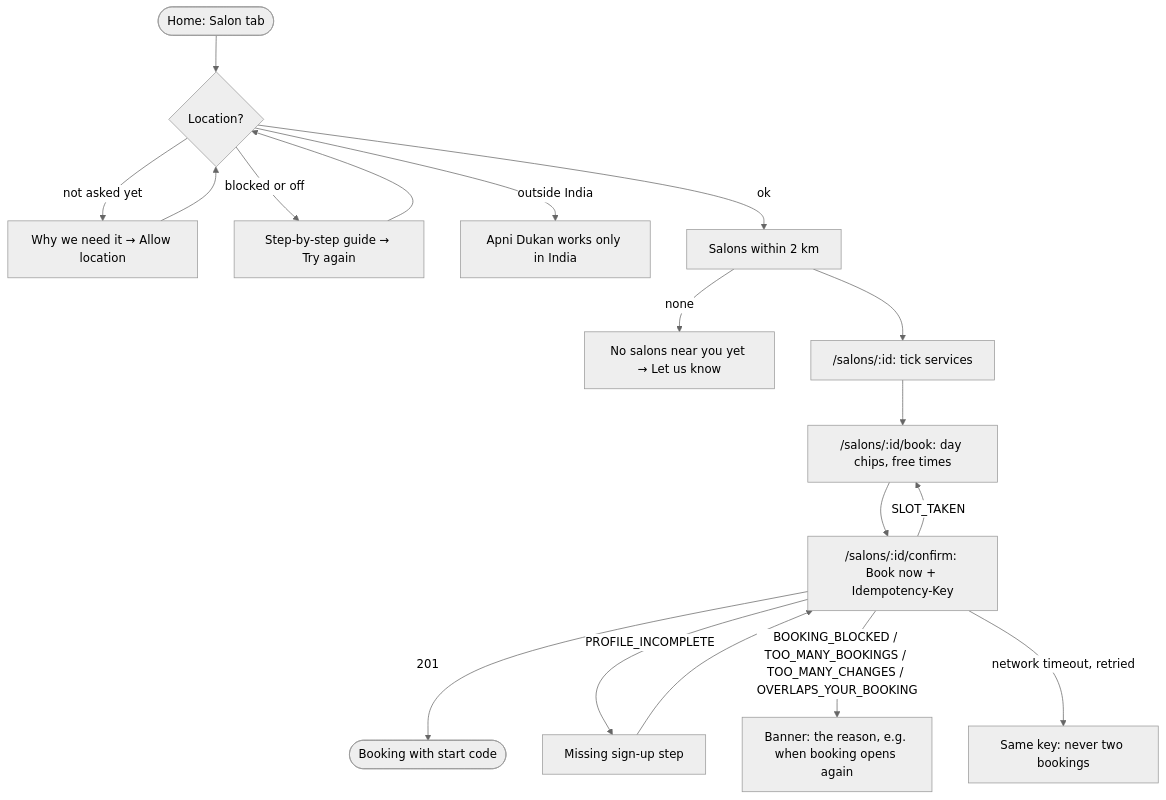
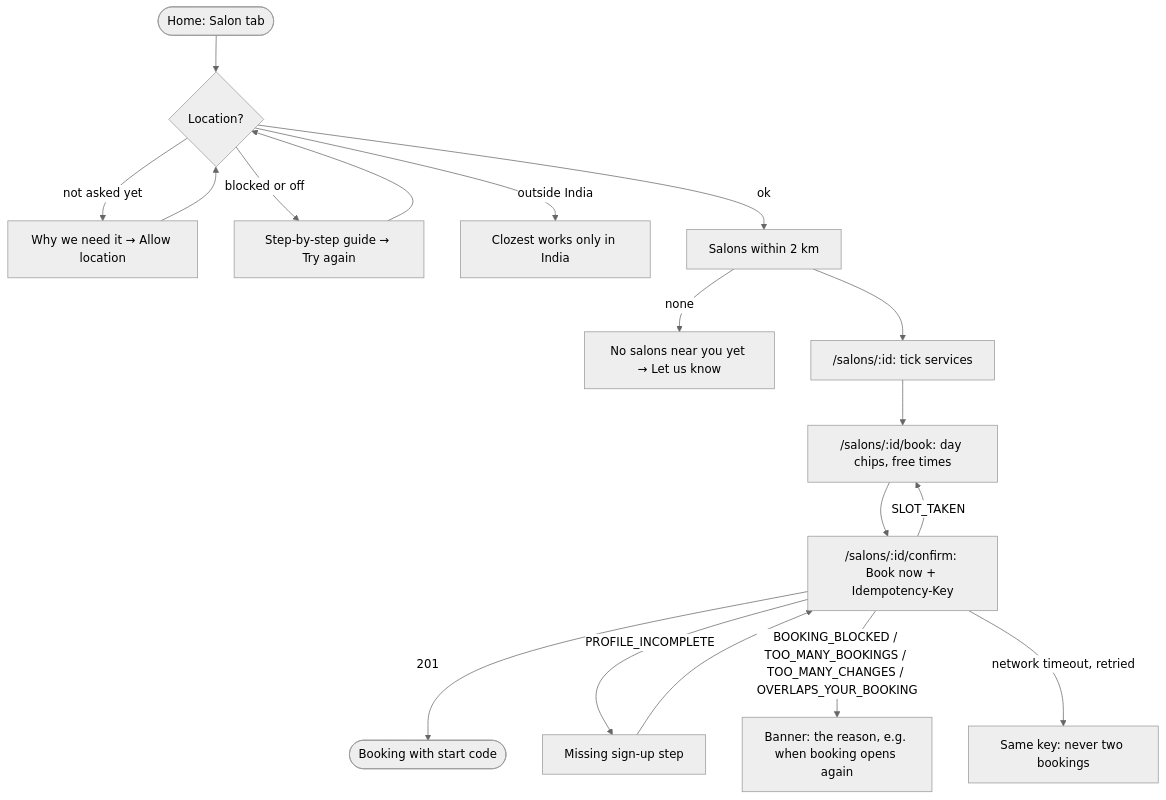
One commit to Premanshu-jha/apni-dukan-customer changed the second of 4 diagrams in README.md. Above: the diagram before and after it, drawn with Mermaid (neutral theme). The commit also changed other lines of this file and 27 other files, not shown here.

````diff
--- a/README.md
+++ b/README.md
@@ -113,19 +113,19 @@
 ```mermaid
 flowchart TD
   home([Home: Salon tab]) --> loc{Location?}
   loc -- "not asked yet" --> explain[Why we need it → Allow location]
   explain --> loc
   loc -- blocked or off --> guide[Step-by-step guide → Try again]
   guide --> loc
-  loc -- outside India --> india[Apni Dukan works only in India]
+  loc -- outside India --> india[Clozest works only in India]
   loc -- ok --> list[Salons within 2 km]
   list -- none --> empty[No salons near you yet → Let us know]
   list --> salon["/salons/:id: tick services"]
   salon --> time["/salons/:id/book: day chips, free times"]
   time --> confirm["/salons/:id/confirm: Book now + Idempotency-Key"]
   confirm -- 201 --> booked([Booking with start code])
   confirm -- SLOT_TAKEN --> time
   confirm -- PROFILE_INCOMPLETE --> step[Missing sign-up step] --> confirm
   confirm -- "BOOKING_BLOCKED / TOO_MANY_BOOKINGS / TOO_MANY_CHANGES / OVERLAPS_YOUR_BOOKING" --> msg[Banner: the reason, e.g. when booking opens again]
   confirm -- "network timeout, retried" --> same[Same key: never two bookings]
 ```
````
